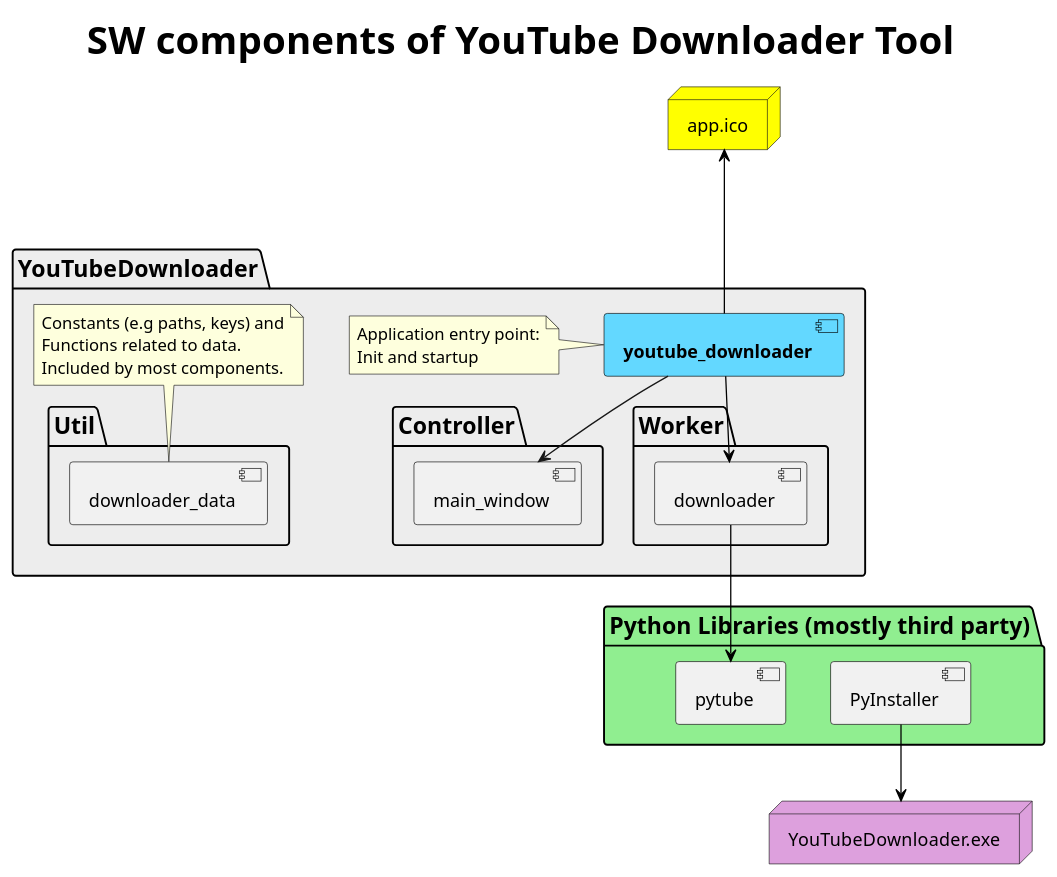
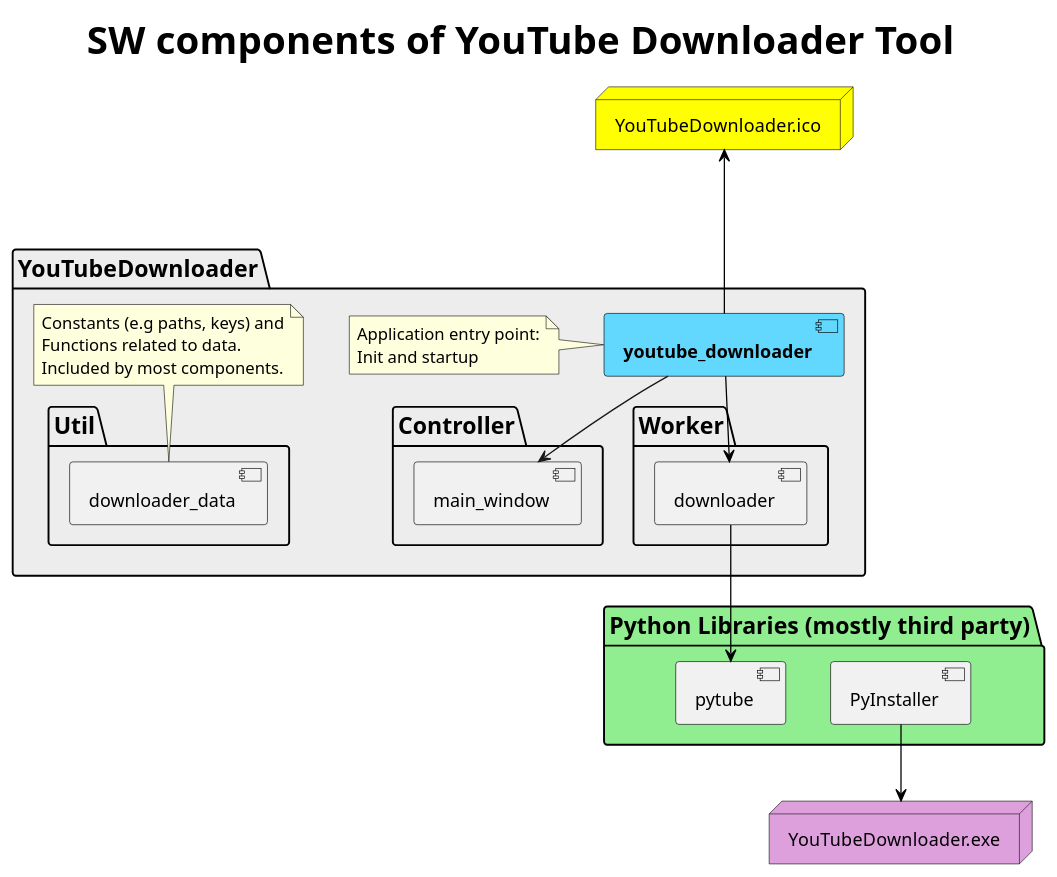
Before and after one commit to timounger/YouTubeDownloader: the diagram in inline_umlgraph_svghtml.pu, drawn with PlantUML. The commit also changed 160 other files, not shown here.

```diff
--- a/inline_umlgraph_svghtml.pu
+++ b/inline_umlgraph_svghtml.pu
@@ -1,49 +1,49 @@
 @startuml cdYouTubeDownloaderSWComponents.svg
 skinparam titleFontSize 30
 skinparam titleFontStyle bold
 skinparam packageBorderColor black
 skinparam packageFontSize 18
 skinparam groupFontStyle bold
 skinparam componentBorderColor black
 skinparam interfaceBorderColor black
 skinparam CollectionsBorderColor black
 
 title SW components of YouTube Downloader Tool
 
-node "app.ico" as icon #yellow
+node "YouTubeDownloader.ico" as icon #yellow
 
 package "YouTubeDownloader" as YtDl #ededed {
   component "**youtube_downloader**" as youtube_downloader #63d8ff
   note left of youtube_downloader
     Application entry point:
     Init and startup
   end note
   package "Controller" as controller {
     [main_window]
   }
   package "Util" as util {
     [downloader_data] as data
   }
   note top of data
     Constants (e.g paths, keys) and
     Functions related to data.
     Included by most components.
   end note
   package "Worker" {
     [downloader]
   }
   [youtube_downloader] -d-> [main_window]
   [youtube_downloader] -[#black]u--> icon
 }
 
 node "YouTubeDownloader.exe" #plum
 
 package "Python Libraries (mostly third party)" #lightgreen {
  [PyInstaller]
  [pytube]
 }
 
 [youtube_downloader] -[#black]-> [downloader]
 [downloader] -[#black]-> [pytube]
 [PyInstaller] -[#black]d-> YouTubeDownloader.exe
 @enduml
```
